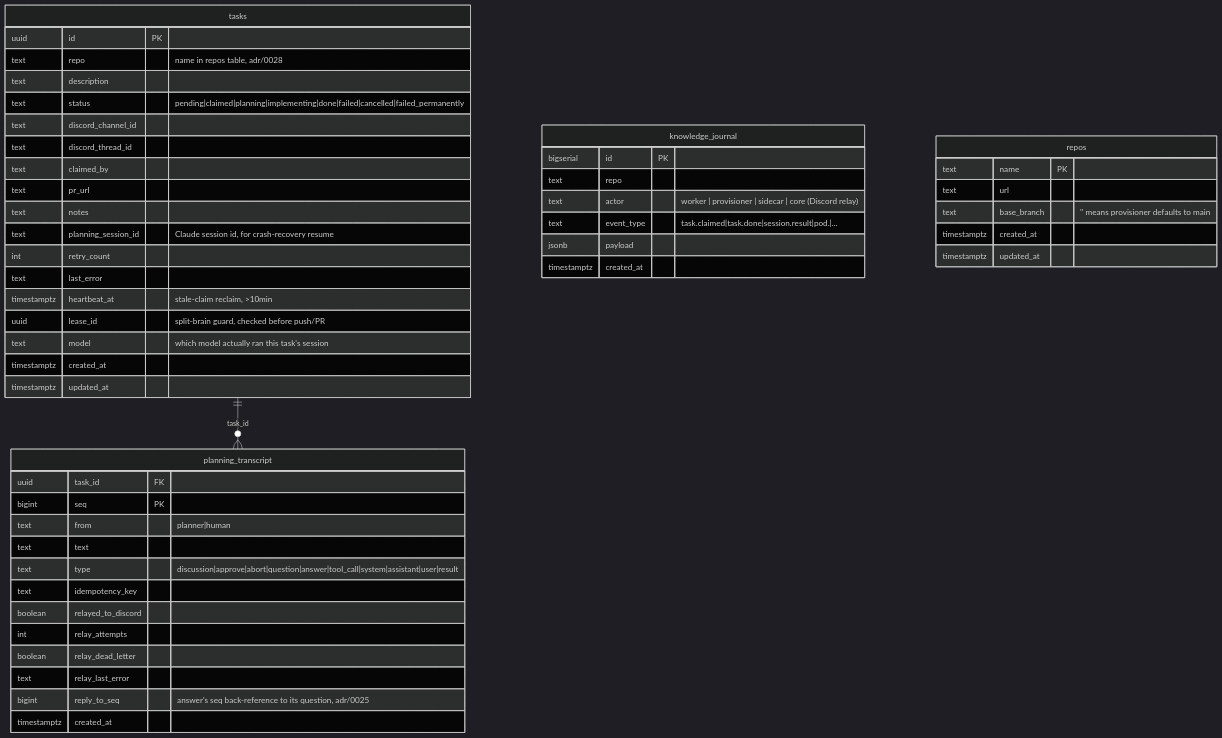
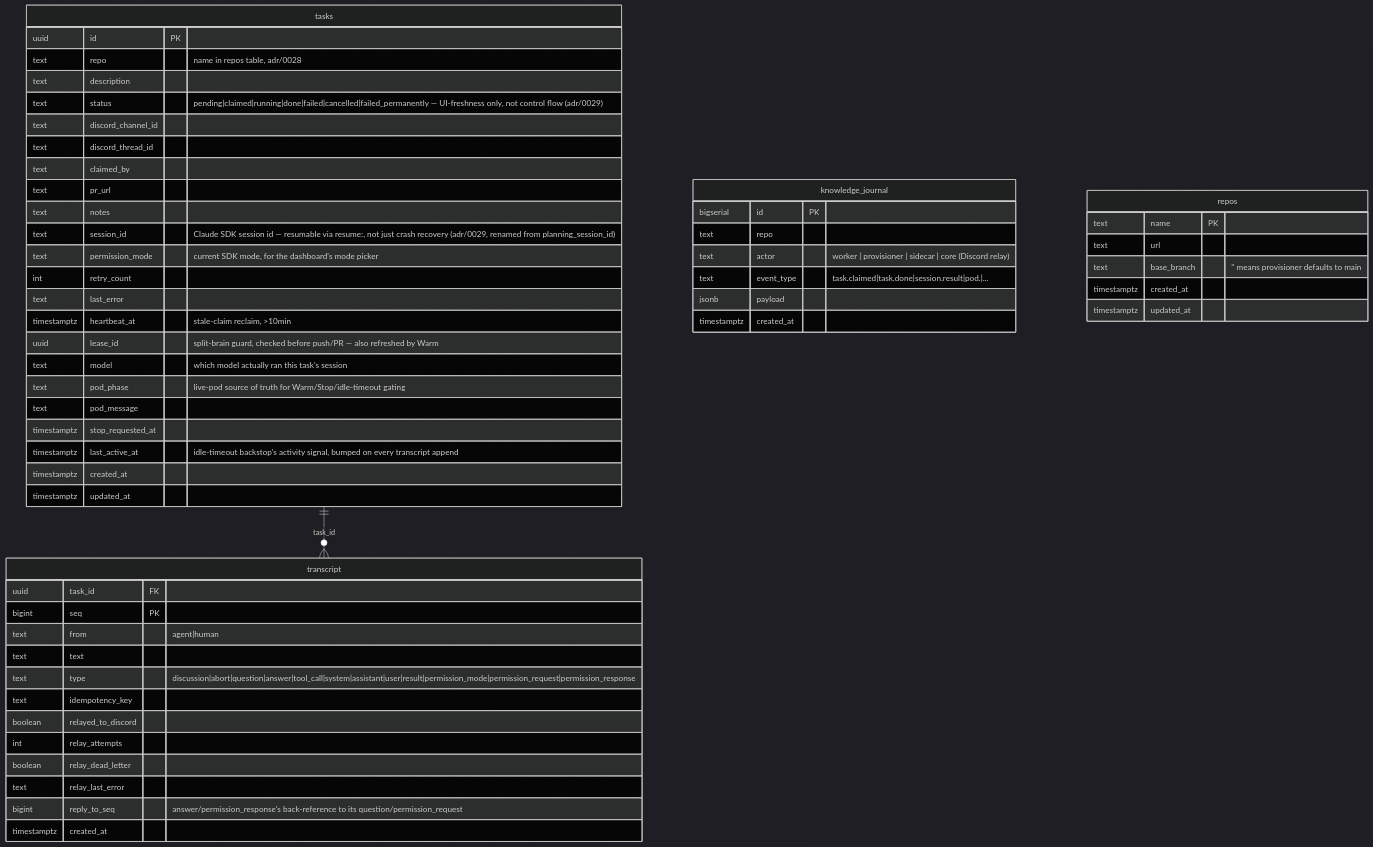
Before and after one commit to MohammadBnei/agent-fleet: the second of 2 diagrams in docs/ARCHITECTURE.md, drawn with Mermaid (dark theme). The commit also changed other lines of this file and 4 other files, not shown here.

````diff
--- a/docs/ARCHITECTURE.md
+++ b/docs/ARCHITECTURE.md
@@ -361,52 +425,57 @@
 ```mermaid
 erDiagram
     tasks {
         uuid id PK
         text repo "name in repos table, adr/0028"
         text description
-        text status "pending|claimed|planning|implementing|done|failed|cancelled|failed_permanently"
+        text status "pending|claimed|running|done|failed|cancelled|failed_permanently — UI-freshness only, not control flow (adr/0029)"
         text discord_channel_id
         text discord_thread_id
         text claimed_by
         text pr_url
         text notes
-        text planning_session_id "Claude session id, for crash-recovery resume"
+        text session_id "Claude SDK session id — resumable via resume:, not just crash recovery (adr/0029, renamed from planning_session_id)"
+        text permission_mode "current SDK mode, for the dashboard's mode picker"
         int retry_count
         text last_error
         timestamptz heartbeat_at "stale-claim reclaim, >10min"
-        uuid lease_id "split-brain guard, checked before push/PR"
+        uuid lease_id "split-brain guard, checked before push/PR — also refreshed by Warm"
         text model "which model actually ran this task's session"
+        text pod_phase "live-pod source of truth for Warm/Stop/idle-timeout gating"
+        text pod_message
+        timestamptz stop_requested_at
+        timestamptz last_active_at "idle-timeout backstop's activity signal, bumped on every transcript append"
         timestamptz created_at
         timestamptz updated_at
     }
     knowledge_journal {
         bigserial id PK
         text repo
         text actor "worker | provisioner | sidecar | core (Discord relay)"
         text event_type "task.claimed|task.done|session.result|pod.<phase>|..."
         jsonb payload
         timestamptz created_at
     }
-    planning_transcript {
+    transcript {
         uuid task_id FK
         bigint seq PK
-        text from "planner|human"
+        text from "agent|human"
         text text
-        text type "discussion|approve|abort|question|answer|tool_call|system|assistant|user|result"
+        text type "discussion|abort|question|answer|tool_call|system|assistant|user|result|permission_mode|permission_request|permission_response"
         text idempotency_key
         boolean relayed_to_discord
         int relay_attempts
         boolean relay_dead_letter
         text relay_last_error
-        bigint reply_to_seq "answer's seq back-reference to its question, adr/0025"
+        bigint reply_to_seq "answer/permission_response's back-reference to its question/permission_request"
         timestamptz created_at
     }
-    tasks ||--o{ planning_transcript : "task_id"
+    tasks ||--o{ transcript : "task_id"
     repos {
         text name PK
         text url
         text base_branch "'' means provisioner defaults to main"
         timestamptz created_at
         timestamptz updated_at
     }
 ```
````
